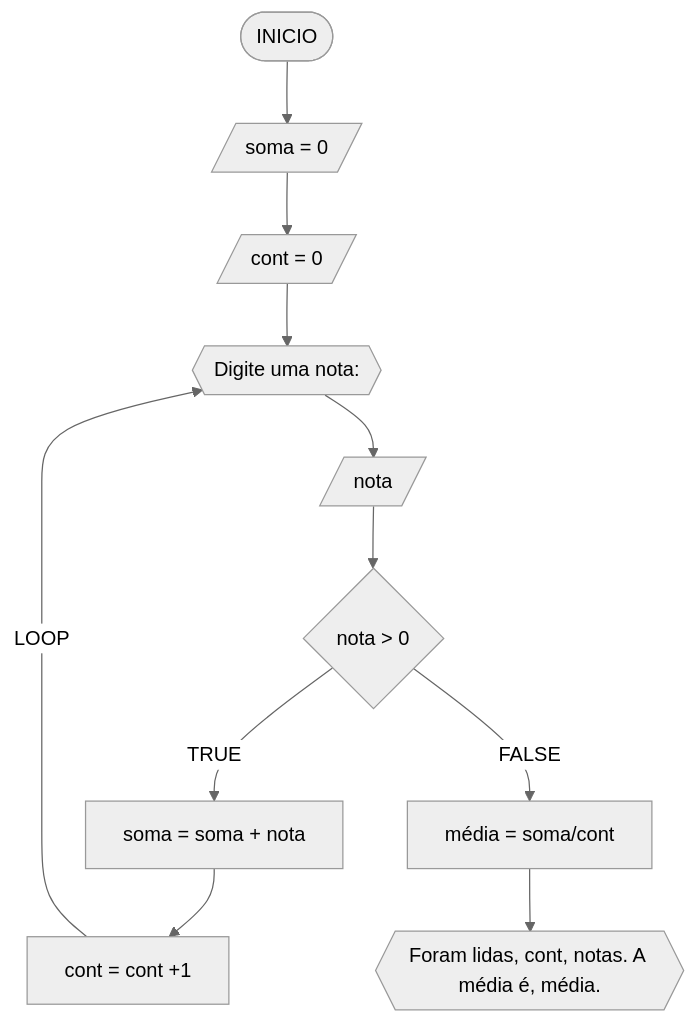
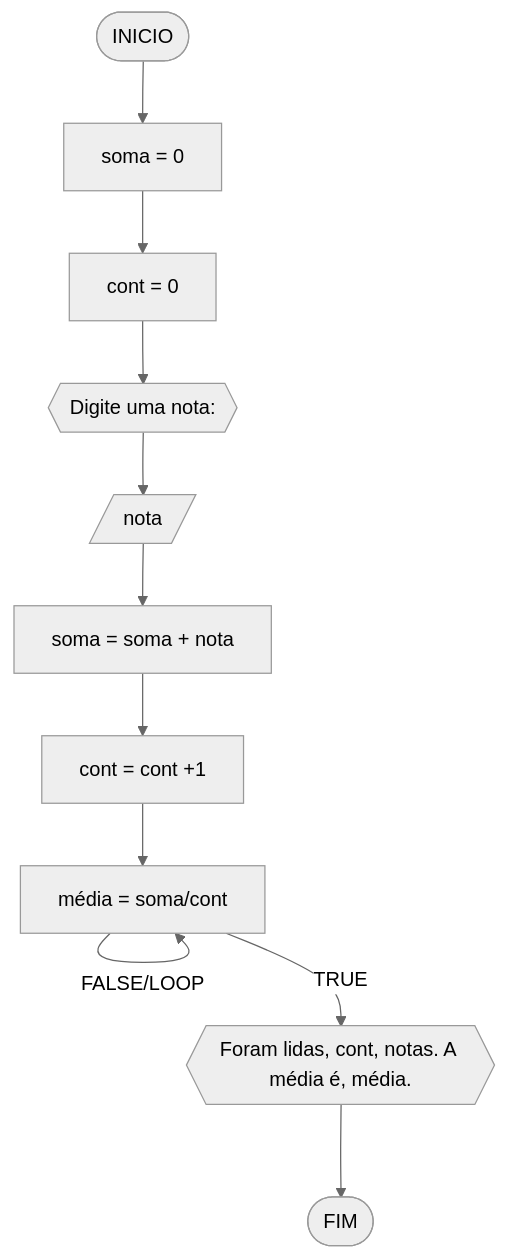
One commit to clara-paterno/unifor changed the sixth of 6 diagrams in RLA/unidade1/lista3.md. Above: the diagram before and after it, drawn with Mermaid (neutral theme). The commit also changed other lines of this file, not shown here.

````diff
--- a/RLA/unidade1/lista3.md
+++ b/RLA/unidade1/lista3.md
@@ -251,13 +251,13 @@
 ```mermaid
 flowchart TD
-A([INICIO]) --> B[/soma = 0/]
-B --> C[/cont = 0/]
+A([INICIO]) --> B[soma = 0]
+B --> C[cont = 0]
 C --> D{{Digite uma nota: }}
-D --> Z[/nota/]
-Z --> E{nota > 0}
-E --TRUE--> F[soma = soma + nota]
+D --> E[/nota/]
+E --> F[soma = soma + nota]
 F --> G[cont = cont +1]
-G --LOOP--> D
-E --FALSE--> H[média = soma/cont ] 
-H --> I{{Foram lidas, cont, notas. A média é, média.}}
+G --> H{nota < 0}
+H --FALSE/LOOP--> H[média = soma/cont ] 
+H --TRUE--> I{{Foram lidas, cont, notas. A média é, média.}}
+I --> J([FIM])
 ```
````
